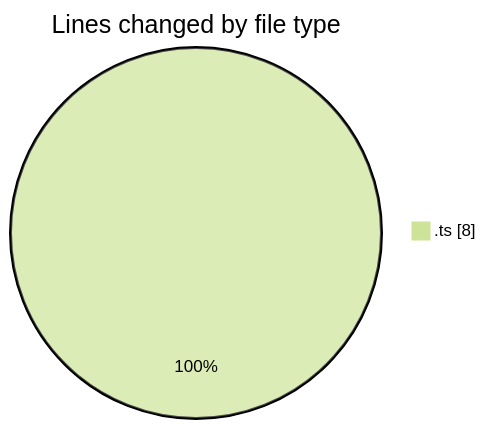
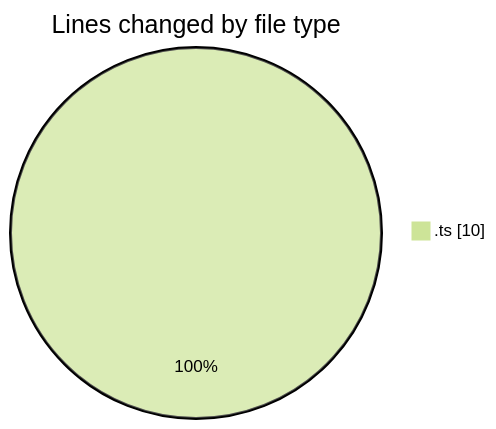
The first of 2 diagrams in 2025-08-08/cda/README.md (momahboobian/code-tracking), drawn with Mermaid (forest theme) before and after one commit. The commit also changed other lines of this file and 1 other file, not shown here.

````diff
--- a/2025-08-08/cda/README.md
+++ b/2025-08-08/cda/README.md
@@ -20,5 +20,5 @@
 ```mermaid
 pie showData
 title Lines changed by file type
-".ts" : 8
+".ts" : 10
 ```
````
